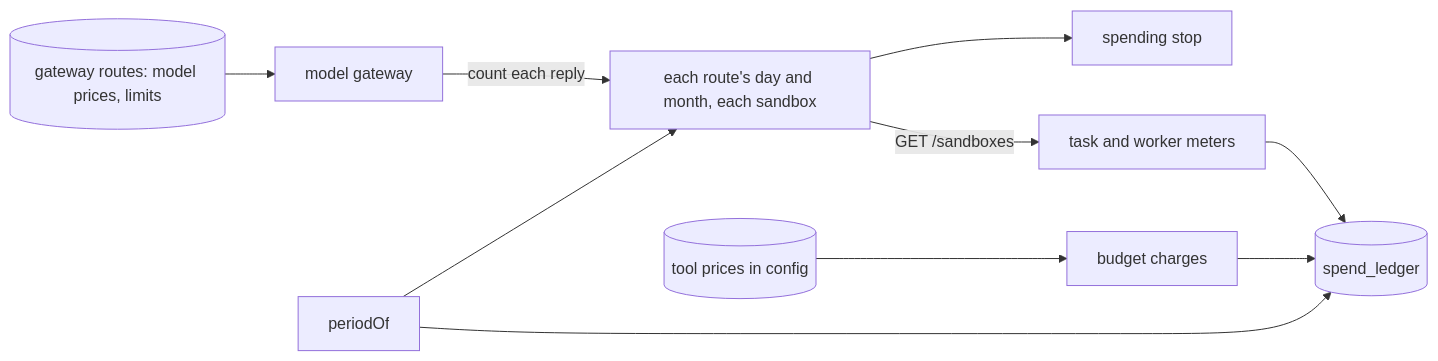
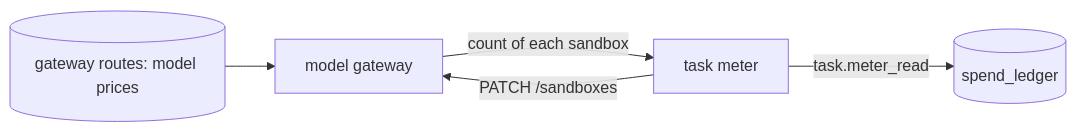
The diagram in docs/design/queue/metering.md (zgeoff/nixie), drawn with Mermaid before and after one commit. The commit also changed other lines of this file and 409 other files, not shown here.

First line of the commit message:
feat(budgets)!: add the spend ledger and one source for each price (#1476)

````diff
--- a/docs/design/queue/metering.md
+++ b/docs/design/queue/metering.md
@@ -28,12 +16,7 @@
 ```mermaid
 flowchart LR
-  routes[(gateway routes: model prices, limits)] --> gw[model gateway]
-  gw -->|"count each reply"| counts[each route's day and month, each sandbox]
-  counts --> stop[spending stop]
-  counts -->|"GET /sandboxes"| meter[task and worker meters]
-  tools[(tool prices in config)] --> charge[budget charges]
-  meter --> ledger[(spend_ledger)]
-  charge --> ledger
-  helper[periodOf] --> counts
-  helper --> ledger
+  routes[(gateway routes: model prices)] --> gw[model gateway]
+  gw -->|"count of each sandbox"| meter[task meter]
+  meter -->|"task.meter_read"| ledger[(spend_ledger)]
+  meter -->|"PATCH /sandboxes"| gw
 ```
````
